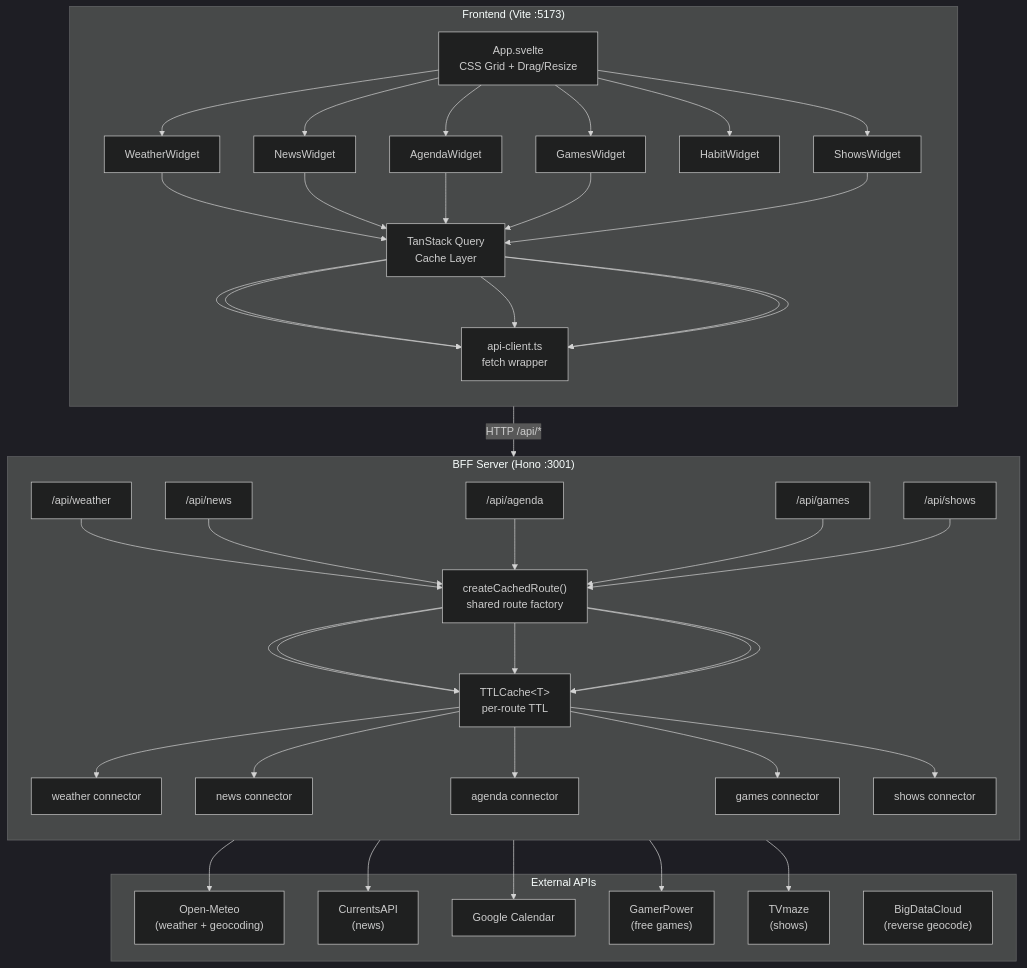
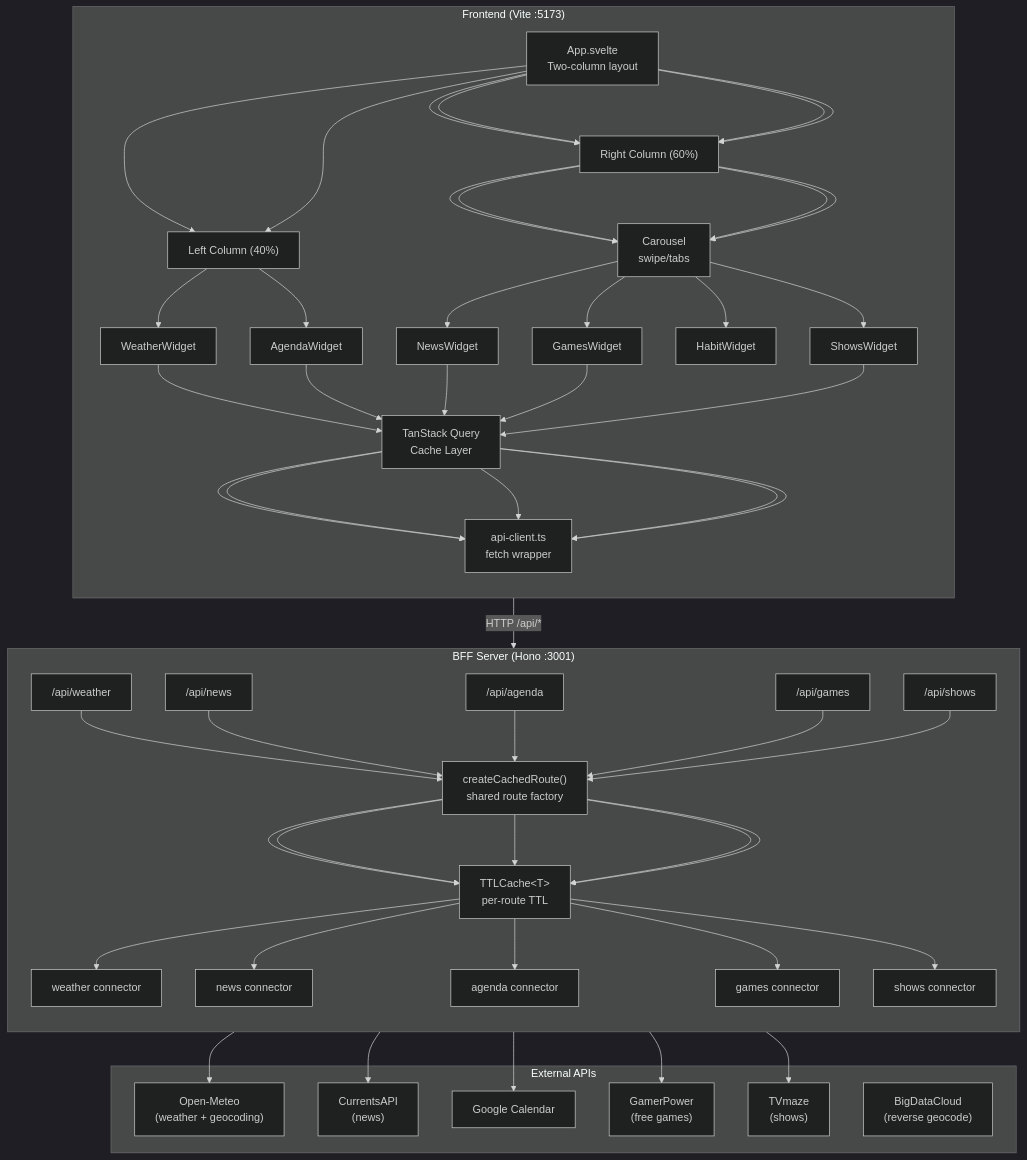
One commit to gabrielLoff/dashboard changed the first of 2 diagrams in docs/architecture/architecture.md. Above: the diagram before and after it, drawn with Mermaid (dark theme). The commit also changed other lines of this file and 4 other files, not shown here.

First line of the commit message:
docs(#107): update architecture docs for new layout

````diff
--- a/docs/architecture/architecture.md
+++ b/docs/architecture/architecture.md
@@ -7,55 +7,65 @@
 ```mermaid
 graph TD
     subgraph Frontend["Frontend (Vite :5173)"]
         direction TB
-        A["App.svelte<br/>CSS Grid + Drag/Resize"]
+        A["App.svelte<br/>Two-column layout"]
+        LC["Left Column (40%)"]
+        RC["Right Column (60%)"]
         W1["WeatherWidget"]
+        W3["AgendaWidget"]
+        Carousel["Carousel<br/>swipe/tabs"]
         W2["NewsWidget"]
-        W3["AgendaWidget"]
         W4["GamesWidget"]
         W5["HabitWidget"]
         W6["ShowsWidget"]
         TQ["TanStack Query<br/>Cache Layer"]
         API["api-client.ts<br/>fetch wrapper"]
     end
 
     subgraph BFF["BFF Server (Hono :3001)"]
         direction TB
         CR["createCachedRoute()<br/>shared route factory"]
         R1["/api/weather"]
         R2["/api/news"]
         R3["/api/agenda"]
         R4["/api/games"]
         R5["/api/shows"]
         Cache["TTLCache&lt;T&gt;<br/>per-route TTL"]
         C1["weather connector"]
         C2["news connector"]
         C3["agenda connector"]
         C4["games connector"]
         C5["shows connector"]
     end
 
     subgraph External["External APIs"]
         E1["Open-Meteo<br/>(weather + geocoding)"]
         E2["CurrentsAPI<br/>(news)"]
         E3["Google Calendar"]
         E4["GamerPower<br/>(free games)"]
         E5["TVmaze<br/>(shows)"]
         E6["BigDataCloud<br/>(reverse geocode)"]
     end
 
-    A --> W1 --> TQ --> API
-    A --> W2 --> TQ --> API
-    A --> W3 --> TQ --> API
-    A --> W4 --> TQ --> API
-    A --> W5
-    A --> W6 --> TQ --> API
+    A --> LC --> W1
+    A --> LC --> W3
+    A --> RC --> Carousel --> W2
+    A --> RC --> Carousel --> W4
+    A --> RC --> Carousel --> W5
+    A --> RC --> Carousel --> W6
+
+    W1 --> TQ --> API
+    W2 --> TQ --> API
+    W3 --> TQ --> API
+    W4 --> TQ --> API
+    W5
+    W6 --> TQ --> API
 
     API -->|"HTTP /api/*"| BFF
 
     R1 --> CR --> Cache --> C1 --> E1
     R2 --> CR --> Cache --> C2 --> E2
     R3 --> CR --> Cache --> C3 --> E3
     R4 --> CR --> Cache --> C4 --> E4
     R5 --> CR --> Cache --> C5 --> E5
 ```
````
